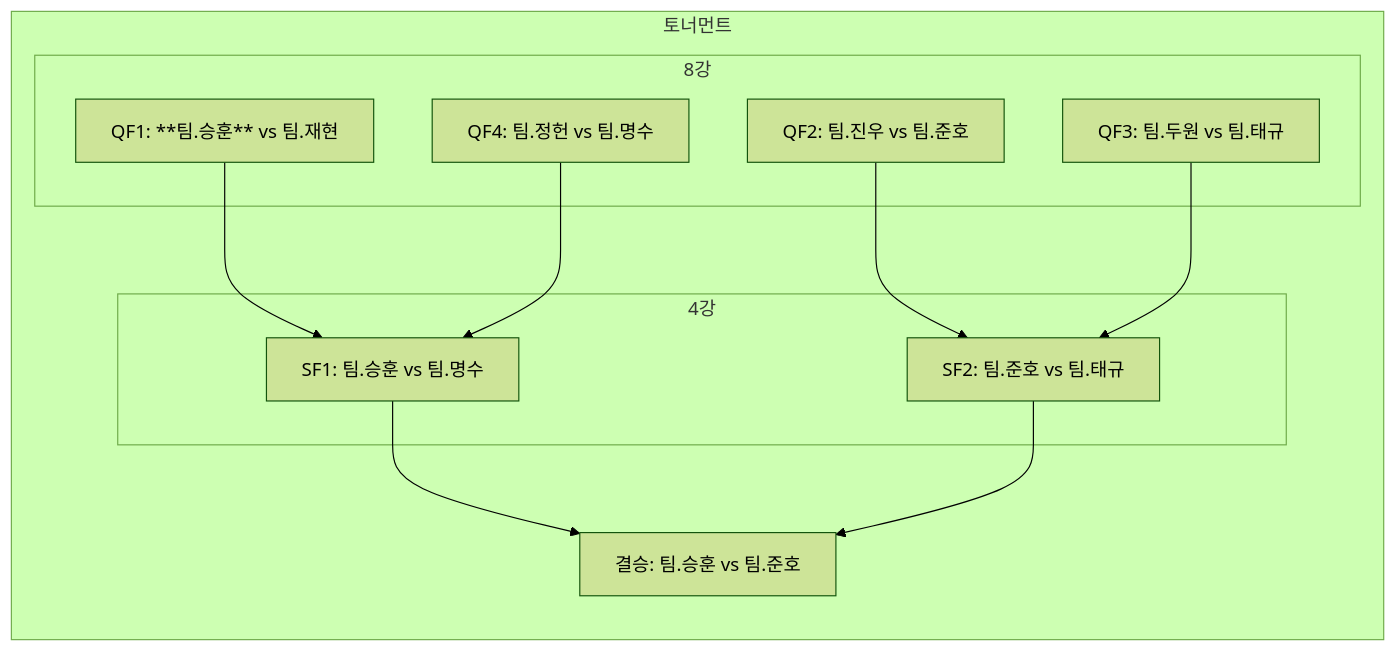
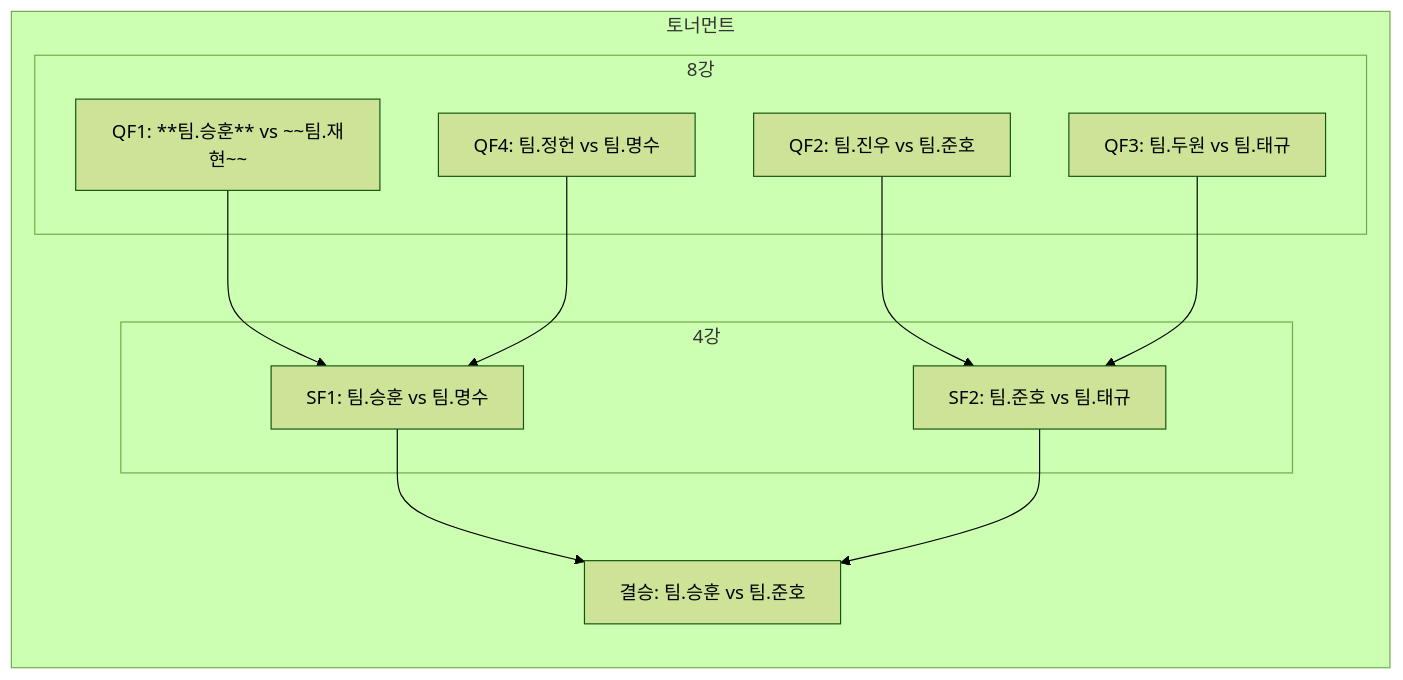
Before and after one commit to winteruss/3-8-Brawlstars-Tournament: the third of 3 diagrams in 브롤대회.md, drawn with Mermaid (forest theme).

````diff
--- a/브롤대회.md
+++ b/브롤대회.md
@@ -100,25 +100,25 @@
 ```mermaid
 flowchart TB
 %% 토너먼트
   subgraph KO["토너먼트"]
     direction TB
     subgraph QF["8강"]
-      QF1["QF1: **팀.승훈** vs 팀.재현"]
+      QF1["QF1: **팀.승훈** vs ~~팀.재현~~"]
       QF2["QF2: 팀.진우 vs 팀.준호"]
       QF3["QF3: 팀.두원 vs 팀.태규"]
       QF4["QF4: 팀.정헌 vs 팀.명수"]
     end
     subgraph SF["4강"]
       SF1["SF1: 팀.승훈 vs 팀.명수"]
       SF2["SF2: 팀.준호 vs 팀.태규"]
     end
     Final["결승: 팀.승훈 vs 팀.준호"]
   end
   %% 화살표 연결
   QF1 --> SF1
   QF4 --> SF1
   QF2 --> SF2
   QF3 --> SF2
   SF1 --> Final
   SF2 --> Final
 ```
````
